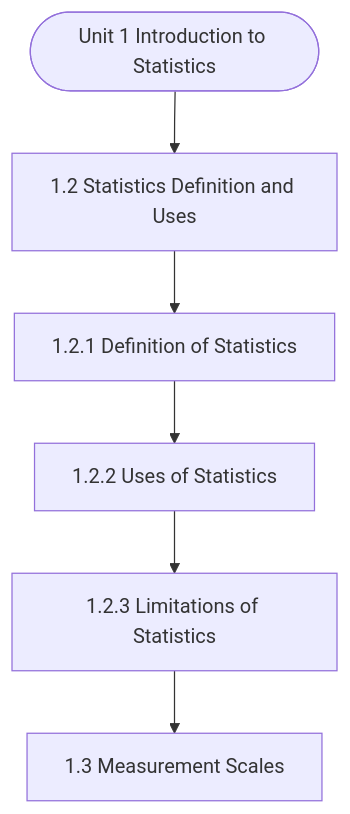
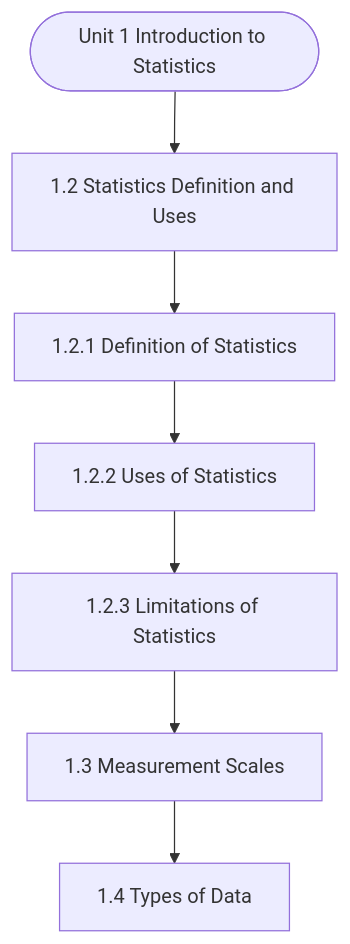
The diagram in notes/Semester_2/MCS-066_Mathematical_Foundations_-_II/unit_01_Introduction_to_Statistics.md (Asutosh-Coaching/mscdsa), drawn with Mermaid before and after one commit. The commit also changed other lines of this file and 116 other files, not shown here.

````diff
--- a/notes/Semester_2/MCS-066_Mathematical_Foundations_-_II/unit_01_Introduction_to_Statistics.md
+++ b/notes/Semester_2/MCS-066_Mathematical_Foundations_-_II/unit_01_Introduction_to_Statistics.md
@@ -19,14 +19,16 @@
 ```mermaid
 flowchart TD
   Start(["Unit 1 Introduction to Statistics"])
   N1["1.2 Statistics Definition and Uses"]
   N2["1.2.1 Definition of Statistics"]
   N3["1.2.2 Uses of Statistics"]
   N4["1.2.3 Limitations of Statistics"]
   N5["1.3 Measurement Scales"]
+  N6["1.4 Types of Data"]
   Start --> N1
   N1 --> N2
   N2 --> N3
   N3 --> N4
   N4 --> N5
+  N5 --> N6
 ```
````
